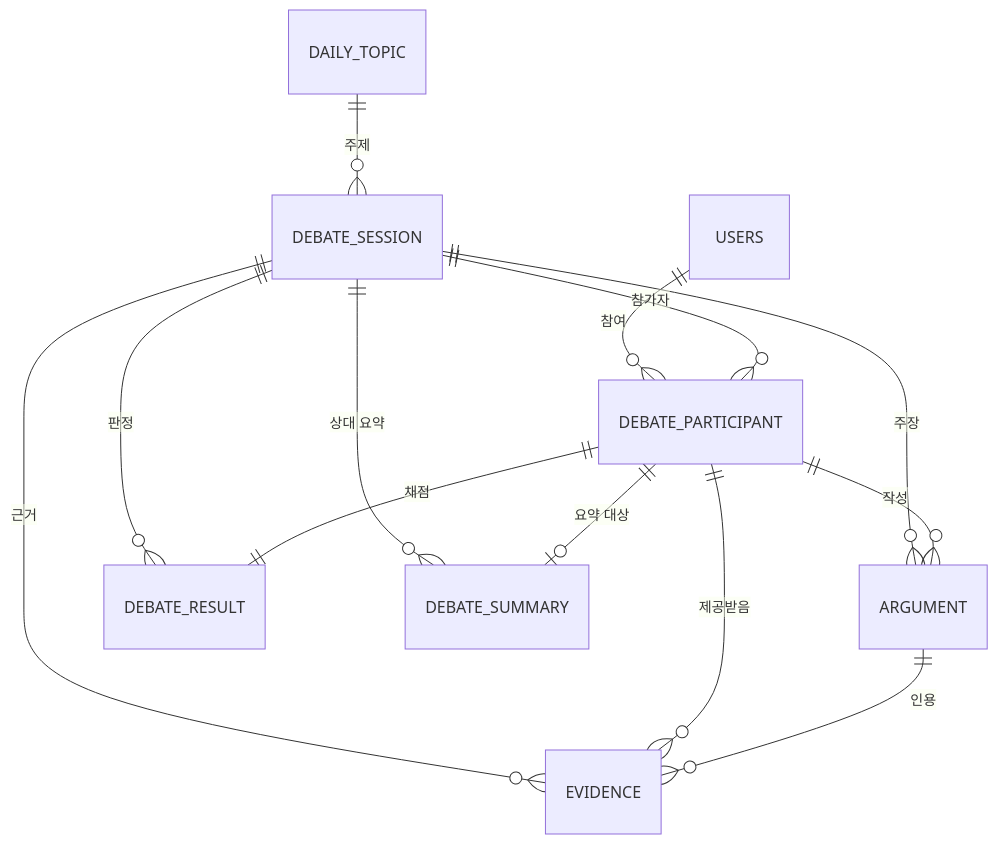
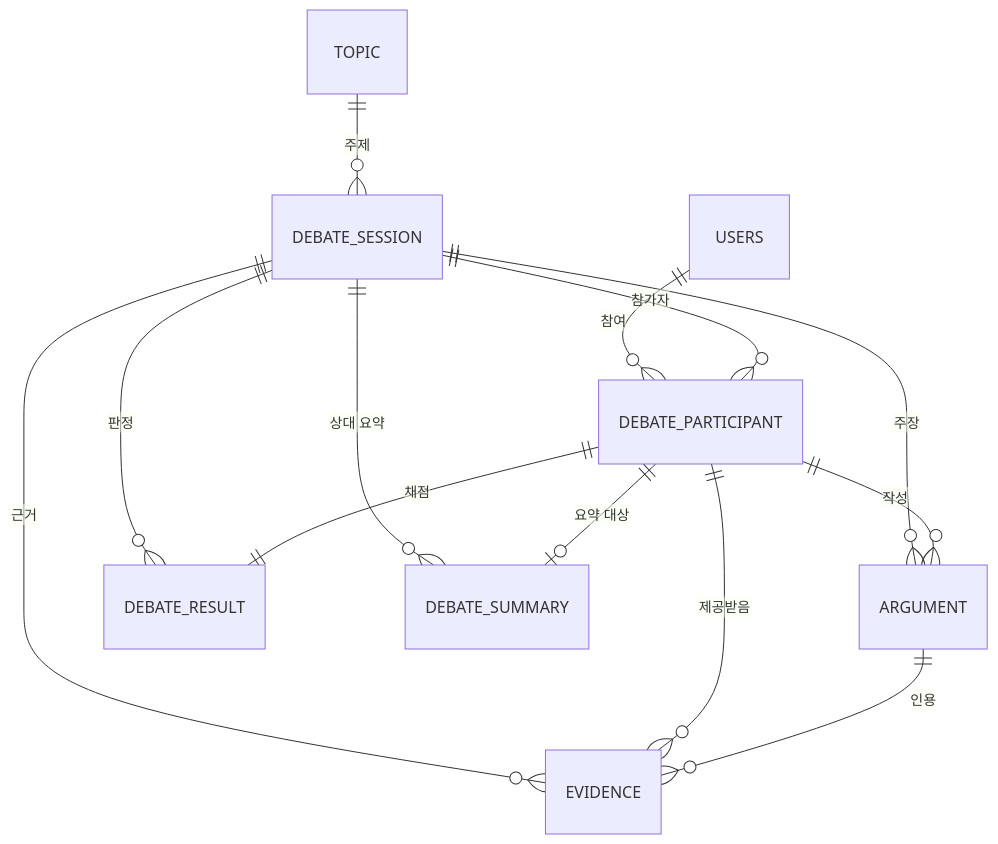
The first of 2 diagrams in docs/야차철학_ERD_API명세_Final_v2.md (LIKELION14-DemoDay/yacha-backend), drawn with Mermaid before and after one commit. The commit also changed other lines of this file, not shown here.

````diff
--- a/docs/야차철학_ERD_API명세_Final_v2.md
+++ b/docs/야차철학_ERD_API명세_Final_v2.md
@@ -19,19 +26,19 @@
 ```mermaid
 erDiagram
     USERS ||--o{ DEBATE_PARTICIPANT : "참여"
 
-    DAILY_TOPIC ||--o{ DEBATE_SESSION : "주제"
+    TOPIC ||--o{ DEBATE_SESSION : "주제"
 
     DEBATE_SESSION ||--o{ DEBATE_PARTICIPANT : "참가자"
     DEBATE_SESSION ||--o{ ARGUMENT : "주장"
     DEBATE_SESSION ||--o{ EVIDENCE : "근거"
     DEBATE_SESSION ||--o{ DEBATE_RESULT : "판정"
     DEBATE_SESSION ||--o{ DEBATE_SUMMARY : "상대 요약"
 
     DEBATE_PARTICIPANT ||--o{ ARGUMENT : "작성"
     DEBATE_PARTICIPANT ||--o{ EVIDENCE : "제공받음"
     DEBATE_PARTICIPANT ||--|| DEBATE_RESULT : "채점"
     DEBATE_PARTICIPANT ||--o| DEBATE_SUMMARY : "요약 대상"
 
     ARGUMENT ||--o{ EVIDENCE : "인용"
 ```
````
